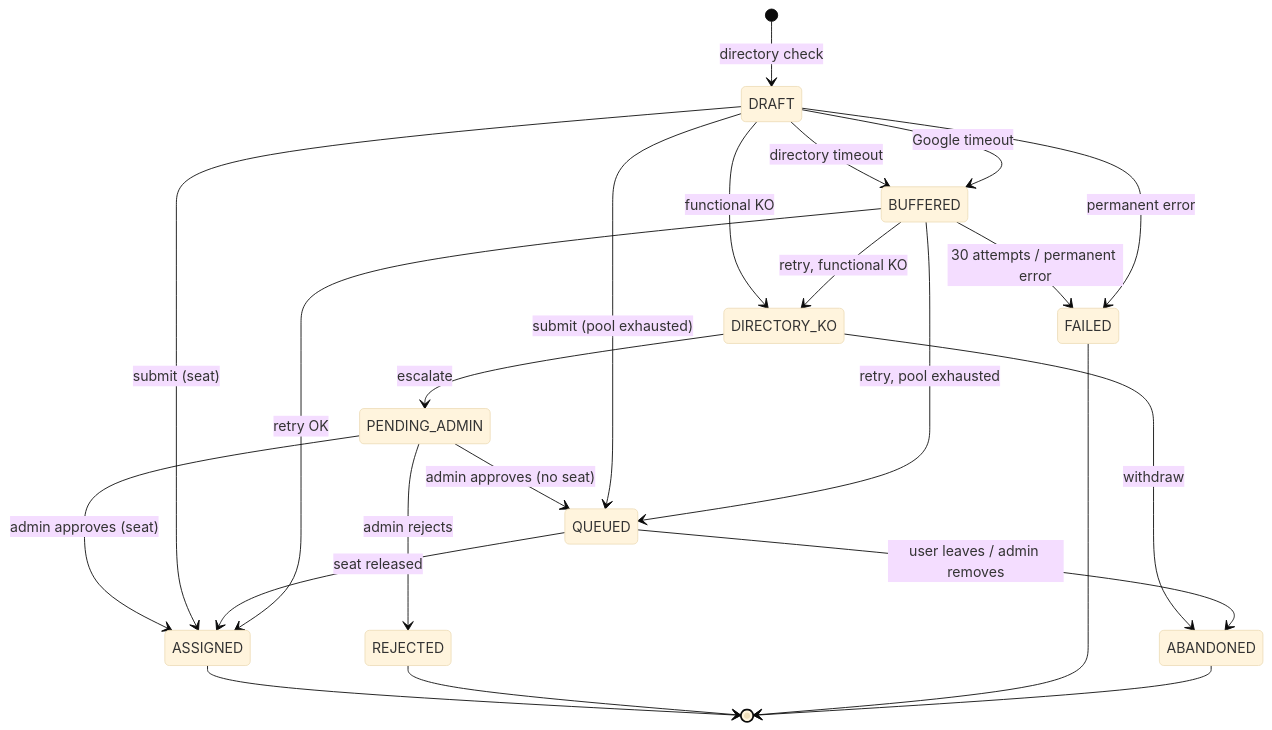
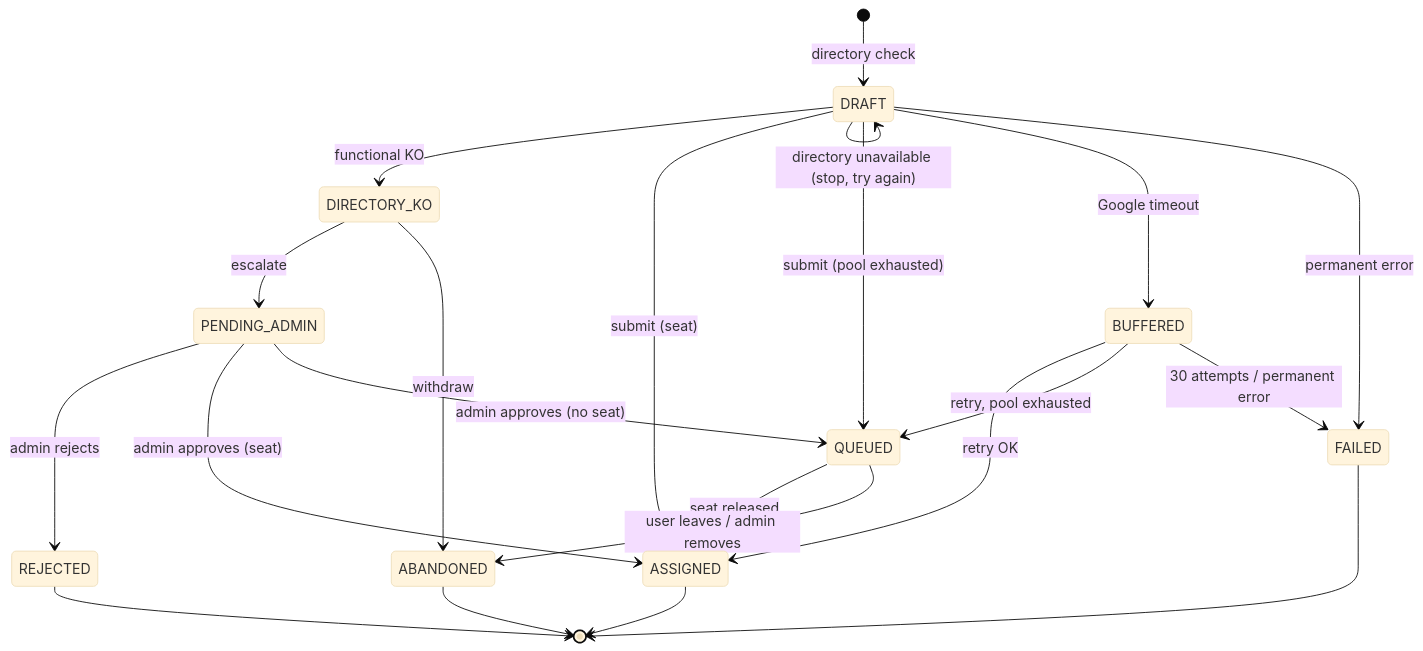
Before and after one commit to francoisgn/gcp-gca-lic-mgmt: the diagram in docs/wiki/Request-Lifecycle.md, drawn with Mermaid (base theme). The commit also changed other lines of this file and 48 other files, not shown here.

````diff
--- a/docs/wiki/Request-Lifecycle.md
+++ b/docs/wiki/Request-Lifecycle.md
@@ -5,25 +5,24 @@
 ```mermaid
 stateDiagram-v2
   [*] --> DRAFT: directory check
   DRAFT --> DIRECTORY_KO: functional KO
-  DRAFT --> BUFFERED: directory timeout
+  DRAFT --> DRAFT: directory unavailable (stop, try again)
   DIRECTORY_KO --> PENDING_ADMIN: escalate
   DIRECTORY_KO --> ABANDONED: withdraw
   PENDING_ADMIN --> REJECTED: admin rejects
   PENDING_ADMIN --> ASSIGNED: admin approves (seat)
   PENDING_ADMIN --> QUEUED: admin approves (no seat)
   DRAFT --> ASSIGNED: submit (seat)
   DRAFT --> QUEUED: submit (pool exhausted)
   DRAFT --> BUFFERED: Google timeout
   QUEUED --> ASSIGNED: seat released
   QUEUED --> ABANDONED: user leaves / admin removes
   BUFFERED --> ASSIGNED: retry OK
   BUFFERED --> QUEUED: retry, pool exhausted
-  BUFFERED --> DIRECTORY_KO: retry, functional KO
   BUFFERED --> FAILED: 30 attempts / permanent error
   DRAFT --> FAILED: permanent error
   ASSIGNED --> [*]
   REJECTED --> [*]
   FAILED --> [*]
   ABANDONED --> [*]
 ```
````
